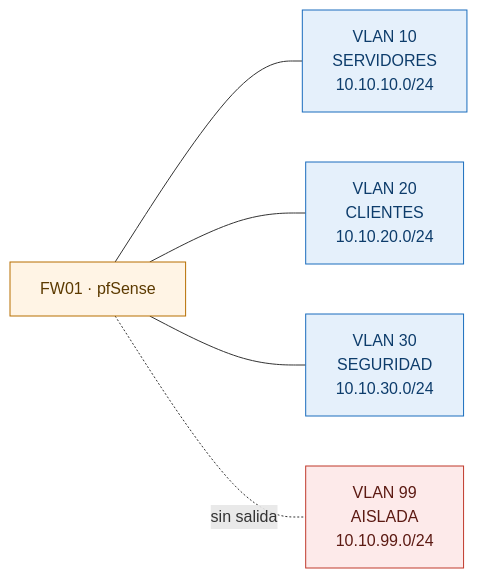
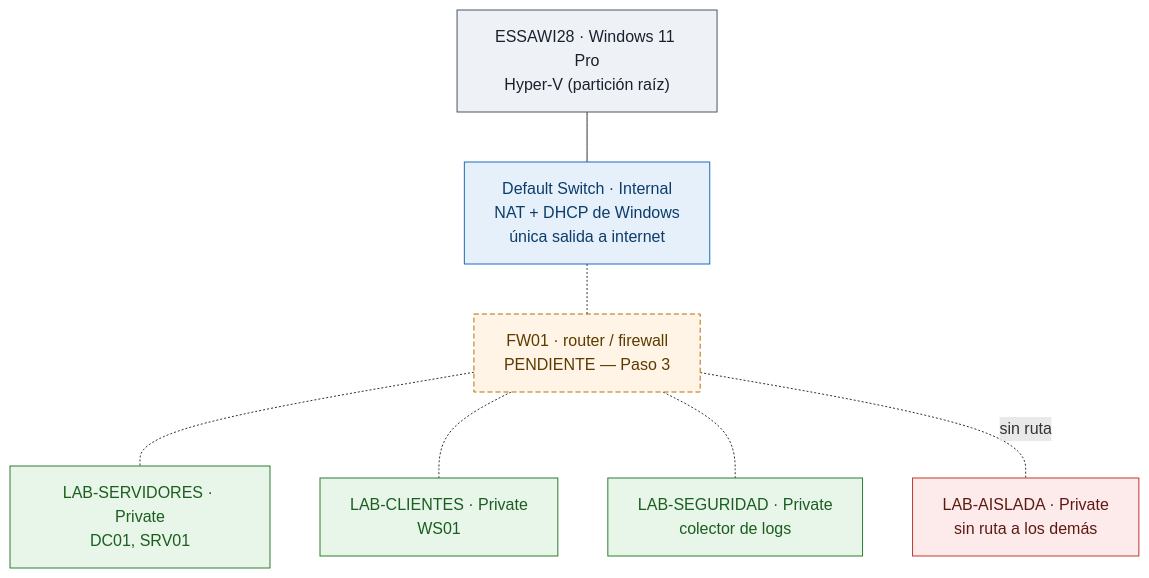
One commit to JoacoLgo/homelab changed the diagram in README.md. Above: the diagram before and after it, drawn with Mermaid. The commit also changed other lines of this file, not shown here.

First line of the commit message:
Reescribe el README con el laboratorio real en Hyper-V

````diff
--- a/README.md
+++ b/README.md
@@ -17,12 +57,24 @@
 ```mermaid
-graph LR
-    FW[FW01 · pfSense]:::fw
-    FW --- V10[VLAN 10<br/>SERVIDORES<br/>10.10.10.0/24]:::v
-    FW --- V20[VLAN 20<br/>CLIENTES<br/>10.10.20.0/24]:::v
-    FW --- V30[VLAN 30<br/>SEGURIDAD<br/>10.10.30.0/24]:::v
-    FW -.sin salida.- V99[VLAN 99<br/>AISLADA<br/>10.10.99.0/24]:::k
+graph TB
+    HOST["ESSAWI28 · Windows 11 Pro<br/>Hyper-V (partición raíz)"]:::host
+    NAT["Default Switch · Internal<br/>NAT + DHCP de Windows<br/>única salida a internet"]:::nat
+    FW["FW01 · router / firewall<br/>PENDIENTE — Paso 3"]:::todo
 
-    classDef fw fill:#fff4e5,stroke:#b76e00,color:#5c3a00
-    classDef v fill:#e5f0fb,stroke:#1a6dbd,color:#0d3c6b
-    classDef k fill:#fdeaea,stroke:#c0392b,color:#5c1a13
+    S1["LAB-SERVIDORES · Private<br/>DC01, SRV01"]:::seg
+    S2["LAB-CLIENTES · Private<br/>WS01"]:::seg
+    S3["LAB-SEGURIDAD · Private<br/>colector de logs"]:::seg
+    S4["LAB-AISLADA · Private<br/>sin ruta a los demás"]:::iso
+
+    HOST --- NAT
+    NAT -.- FW
+    FW -.- S1
+    FW -.- S2
+    FW -.- S3
+    FW -.sin ruta.- S4
+
+    classDef host fill:#eef2f7,stroke:#4a5568,color:#1a202c
+    classDef nat fill:#e5f0fb,stroke:#1a6dbd,color:#0d3c6b
+    classDef seg fill:#e8f5e9,stroke:#2e7d32,color:#1b5e20
+    classDef iso fill:#fdeaea,stroke:#c0392b,color:#5c1a13
+    classDef todo fill:#fff4e5,stroke:#b76e00,color:#5c3a00,stroke-dasharray: 5 3
 ```
````
